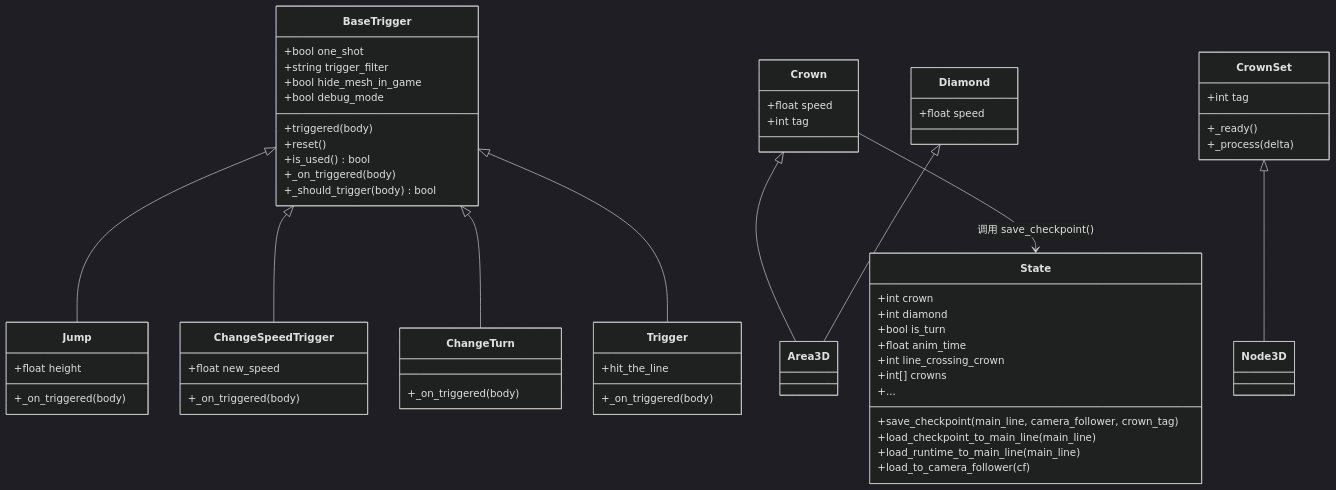
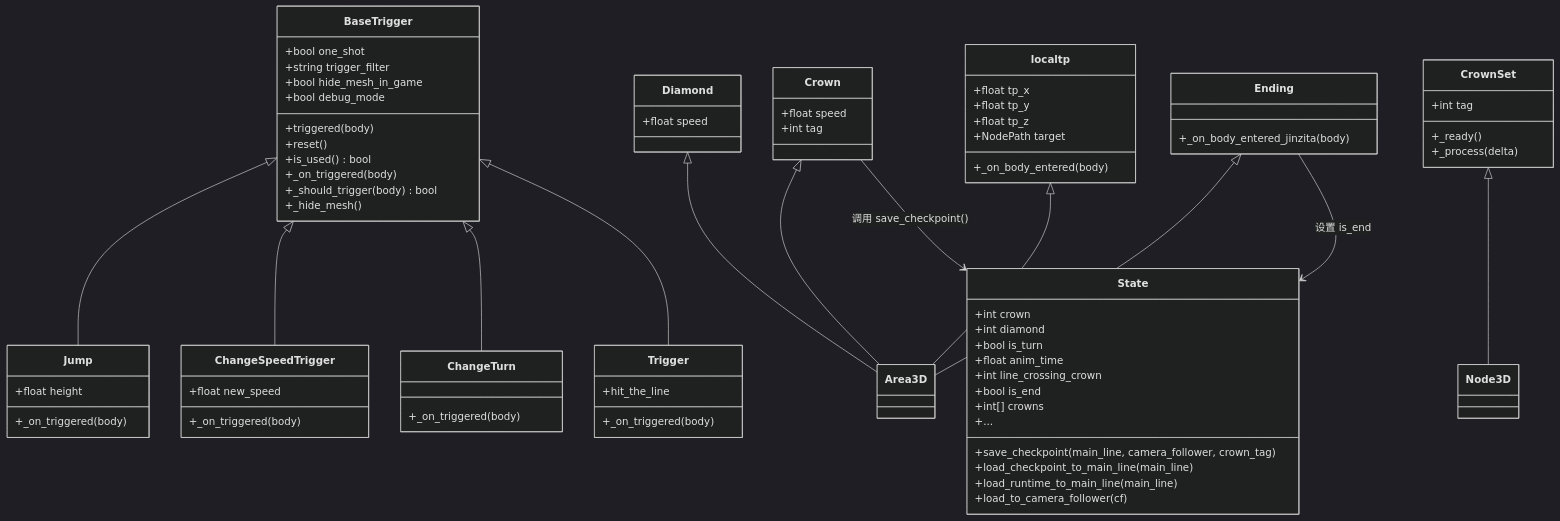
The eighth of 11 diagrams in .qoder/repowiki/zh/content/游戏系统/触发器系统/触发器系统.md (godotline/godot-line), drawn with Mermaid (dark theme) before and after one commit. The commit also changed other lines of this file and 39 other files, not shown here.

````diff
--- a/.qoder/repowiki/zh/content/游戏系统/触发器系统/触发器系统.md
+++ b/.qoder/repowiki/zh/content/游戏系统/触发器系统/触发器系统.md
@@ -404,62 +485,77 @@
 ```mermaid
 classDiagram
 class BaseTrigger {
 +bool one_shot
 +string trigger_filter
 +bool hide_mesh_in_game
 +bool debug_mode
 +triggered(body)
 +reset()
 +is_used() bool
 +_on_triggered(body)
 +_should_trigger(body) bool
++_hide_mesh()
 }
 class Jump {
 +float height
 +_on_triggered(body)
 }
 class ChangeSpeedTrigger {
 +float new_speed
 +_on_triggered(body)
 }
 class ChangeTurn {
 +_on_triggered(body)
 }
 class Trigger {
 +hit_the_line
 +_on_triggered(body)
 }
 class Crown {
 +float speed
 +int tag
 }
 class Diamond {
 +float speed
 }
 class CrownSet {
 +int tag
 +_ready()
 +_process(delta)
 }
+class Ending {
++_on_body_entered_jinzita(body)
+}
+class localtp {
++float tp_x
++float tp_y
++float tp_z
++NodePath target
++_on_body_entered(body)
+}
 class State {
 +int crown
 +int diamond
 +bool is_turn
 +float anim_time
 +int line_crossing_crown
++bool is_end
 +int[] crowns
 +save_checkpoint(main_line, camera_follower, crown_tag)
 +load_checkpoint_to_main_line(main_line)
 +load_runtime_to_main_line(main_line)
 +load_to_camera_follower(cf)
 +...
 }
 BaseTrigger <|-- Jump
 BaseTrigger <|-- ChangeSpeedTrigger
 BaseTrigger <|-- ChangeTurn
 BaseTrigger <|-- Trigger
 Crown <|-- Area3D
 Diamond <|-- Area3D
 CrownSet <|-- Node3D
+Ending <|-- Area3D
+localtp <|-- Area3D
 Crown --> State : 调用 save_checkpoint()
+Ending --> State : 设置 is_end
 ```
````
